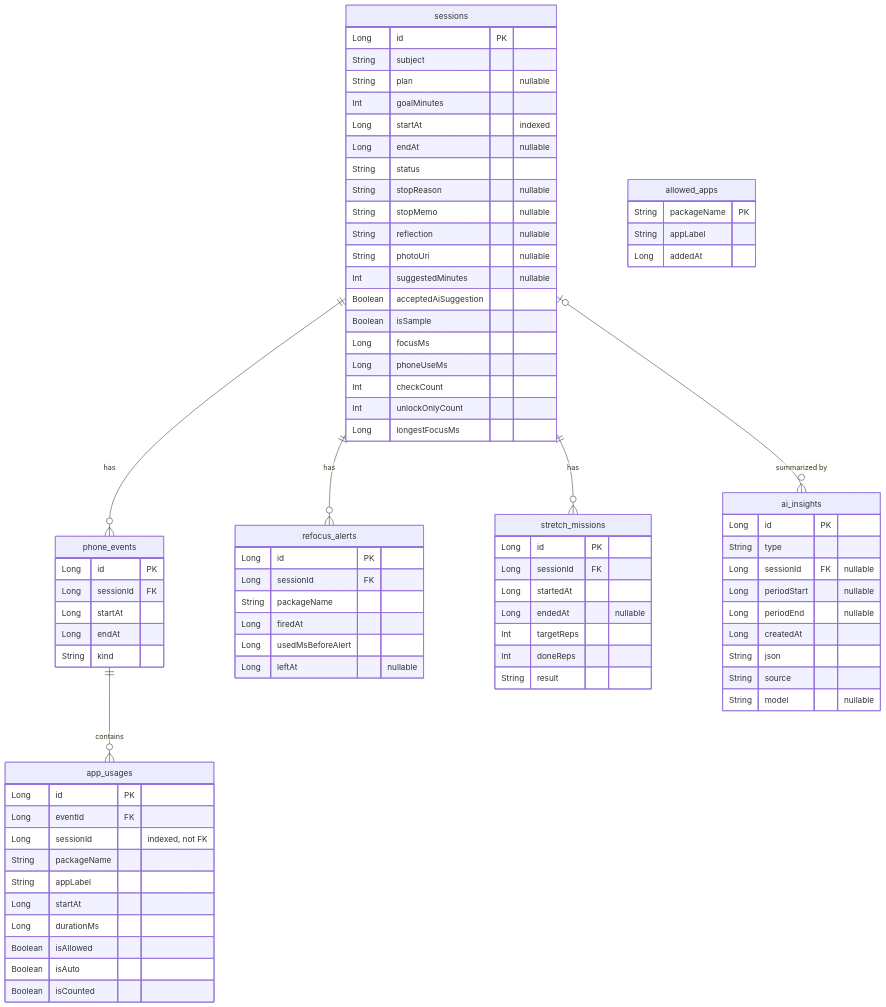
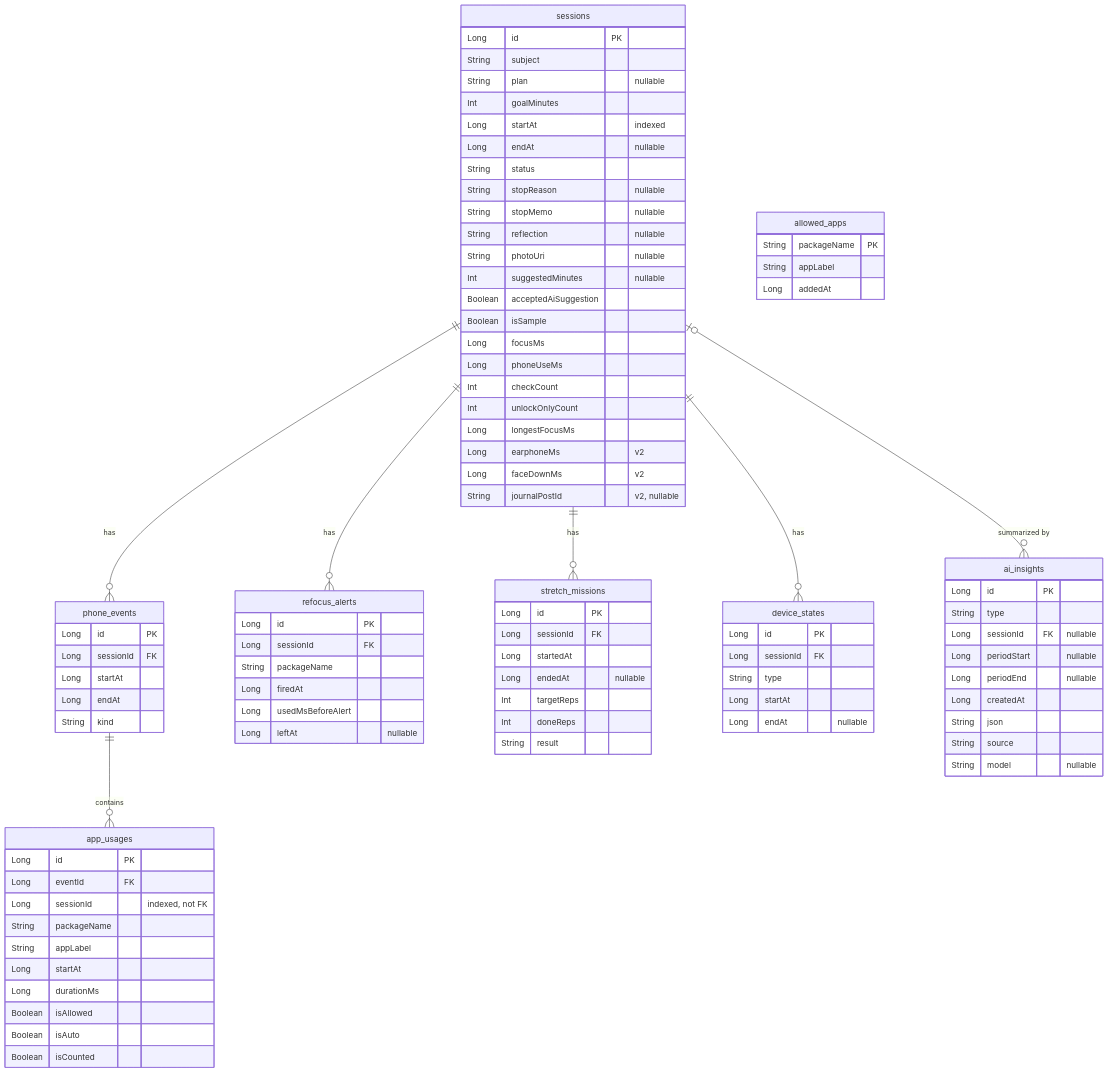
Before and after one commit to kimm00/2026_Mobile-Programming: the diagram in docs/schema.md, drawn with Mermaid. The commit also changed other lines of this file, not shown here.

Commit message:
docs(schema): v2 with device_states, new session columns, and Firestore backup

```diff
--- a/docs/schema.md
+++ b/docs/schema.md
@@ -15,6 +23,7 @@
     phone_events ||--o{ app_usages : "contains"
     sessions ||--o{ refocus_alerts : "has"
     sessions ||--o{ stretch_missions : "has"
+    sessions ||--o{ device_states : "has"
     sessions |o--o{ ai_insights : "summarized by"
 
     sessions {
@@ -37,6 +46,9 @@
         Int checkCount
         Int unlockOnlyCount
         Long longestFocusMs
+        Long earphoneMs "v2"
+        Long faceDownMs "v2"
+        String journalPostId "v2, nullable"
     }
     phone_events {
         Long id PK
@@ -56,6 +68,13 @@
         Boolean isAllowed
         Boolean isAuto
         Boolean isCounted
+    }
+    device_states {
+        Long id PK
+        Long sessionId FK
+        String type
+        Long startAt
+        Long endAt "nullable"
     }
     allowed_apps {
         String packageName PK
```
